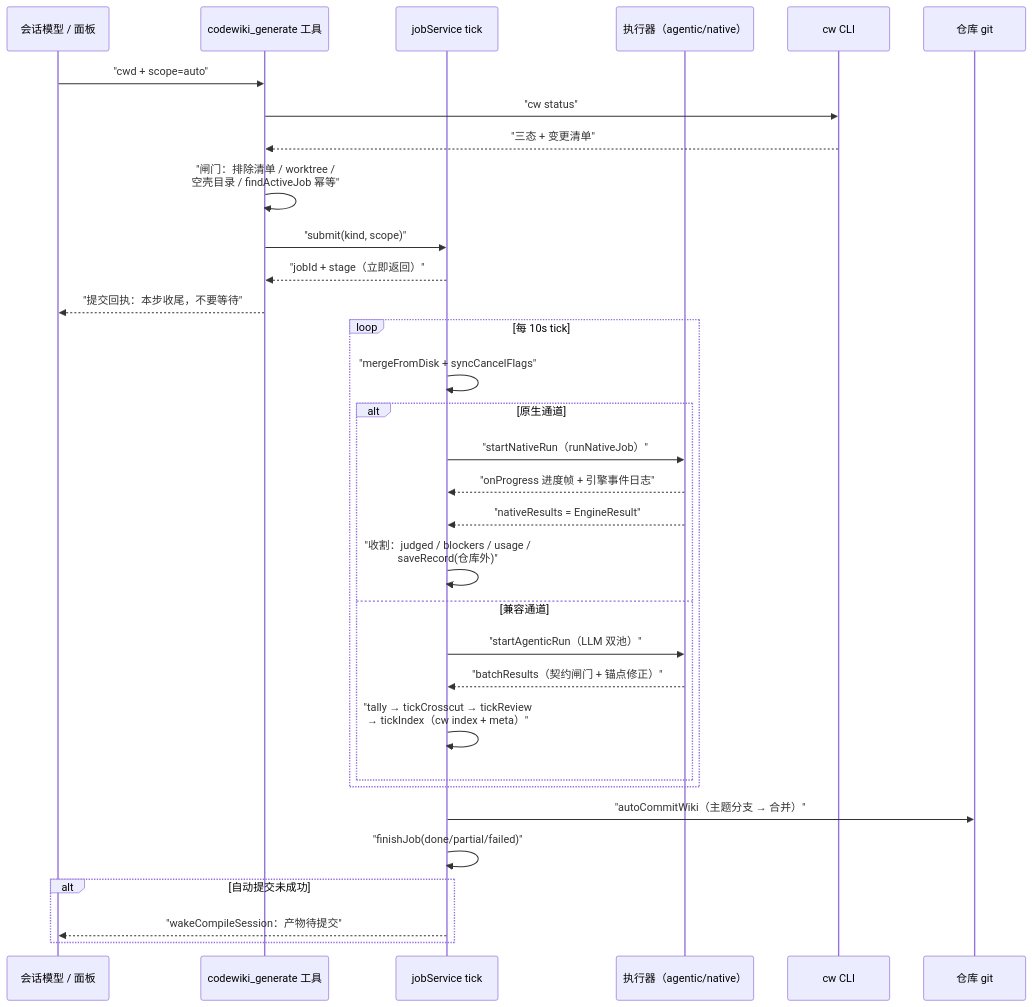
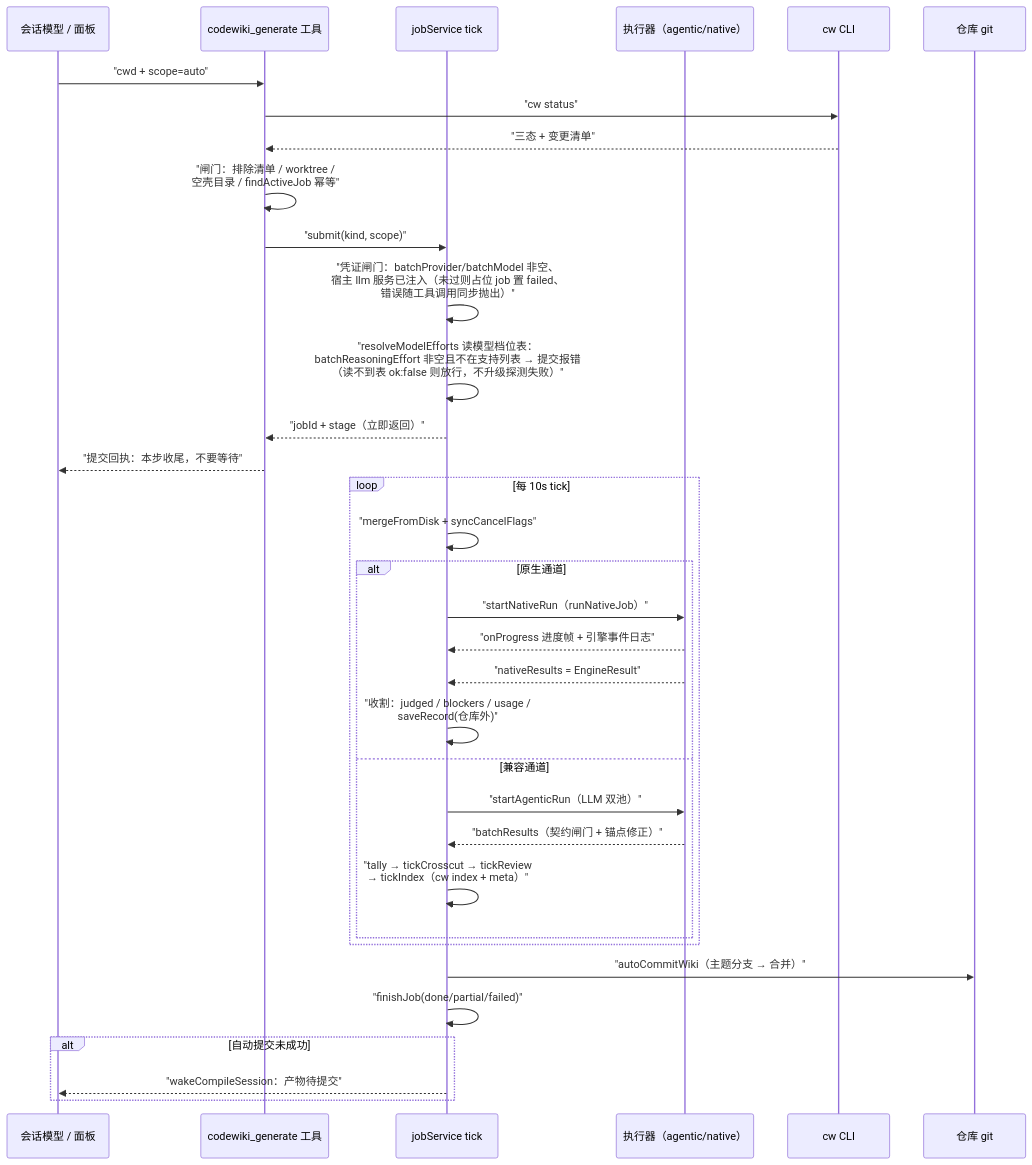
The tenth of 10 diagrams in .codewiki/_native-state/docs/extension_host_core.md (ikliml666/dsh-codewiki), drawn with Mermaid before and after one commit. The commit also changed other lines of this file and 9 other files, not shown here.

````diff
--- a/.codewiki/_native-state/docs/extension_host_core.md
+++ b/.codewiki/_native-state/docs/extension_host_core.md
@@ -366,37 +367,39 @@
 ```mermaid
 sequenceDiagram
     participant U as 会话模型 / 面板
     participant T as codewiki_generate 工具
     participant S as jobService tick
     participant E as 执行器（agentic/native）
     participant CW as cw CLI
     participant GIT as 仓库 git
 
     U->>T: "cwd + scope=auto"
     T->>CW: "cw status"
     CW-->>T: "三态 + 变更清单"
     T->>T: "闸门：排除清单 / worktree /<br/>空壳目录 / findActiveJob 幂等"
     T->>S: "submit(kind, scope)"
+    S->>S: "凭证闸门：batchProvider/batchModel 非空、<br/>宿主 llm 服务已注入（未过则占位 job 置 failed、<br/>错误随工具调用同步抛出）"
+    S->>S: "resolveModelEfforts 读模型档位表：<br/>batchReasoningEffort 非空且不在支持列表 → 提交报错<br/>（读不到表 ok:false 则放行，不升级探测失败）"
     S-->>T: "jobId + stage（立即返回）"
     T-->>U: "提交回执：本步收尾，不要等待"
 
     loop 每 10s tick
         S->>S: "mergeFromDisk + syncCancelFlags"
         alt 原生通道
             S->>E: "startNativeRun（runNativeJob）"
             E-->>S: "onProgress 进度帧 + 引擎事件日志"
             E-->>S: "nativeResults = EngineResult"
             S->>S: "收割：judged / blockers / usage /<br/>saveRecord(仓库外)"
         else 兼容通道
             S->>E: "startAgenticRun（LLM 双池）"
             E-->>S: "batchResults（契约闸门 + 锚点修正）"
             S->>S: "tally → tickCrosscut → tickReview<br/>→ tickIndex（cw index + meta）"
         end
     end
 
     S->>GIT: "autoCommitWiki（主题分支 → 合并）"
     S->>S: "finishJob(done/partial/failed)"
     alt 自动提交未成功
         S-->>U: "wakeCompileSession：产物待提交"
     end
 ```
````
